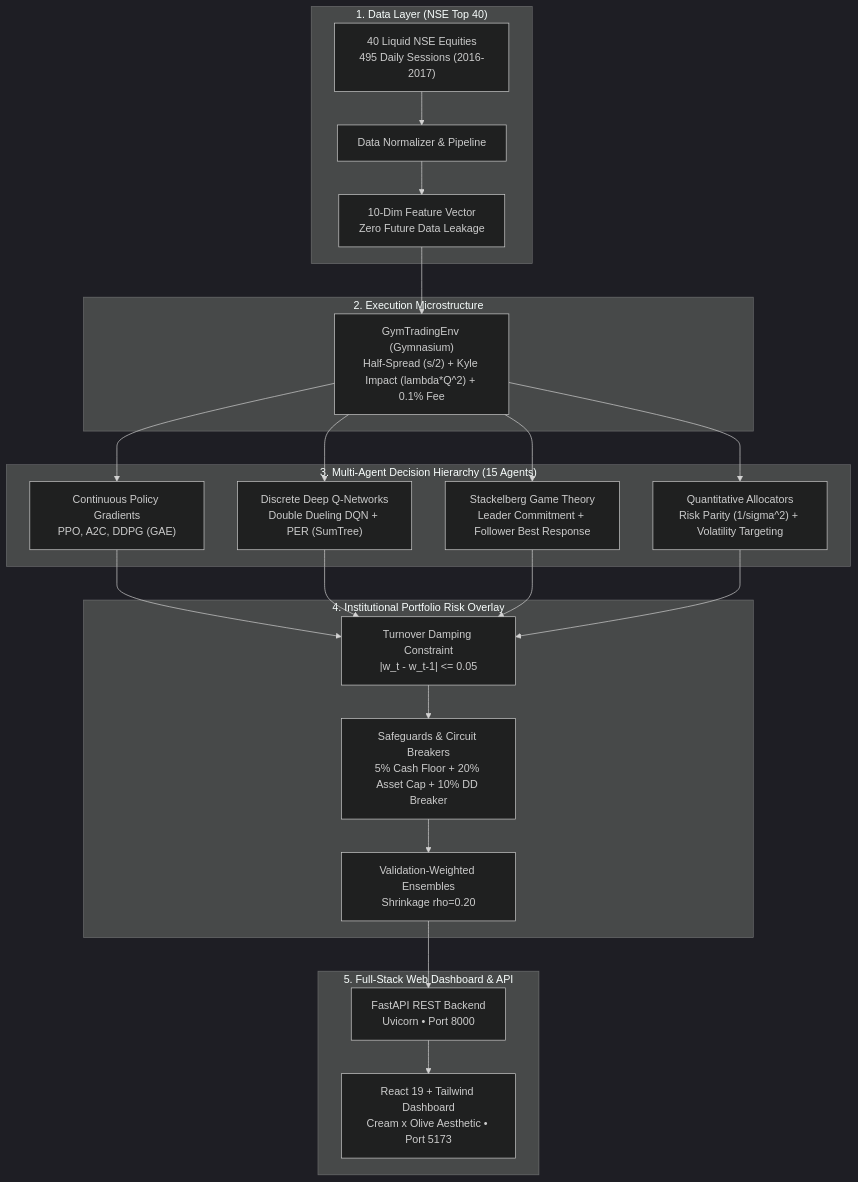
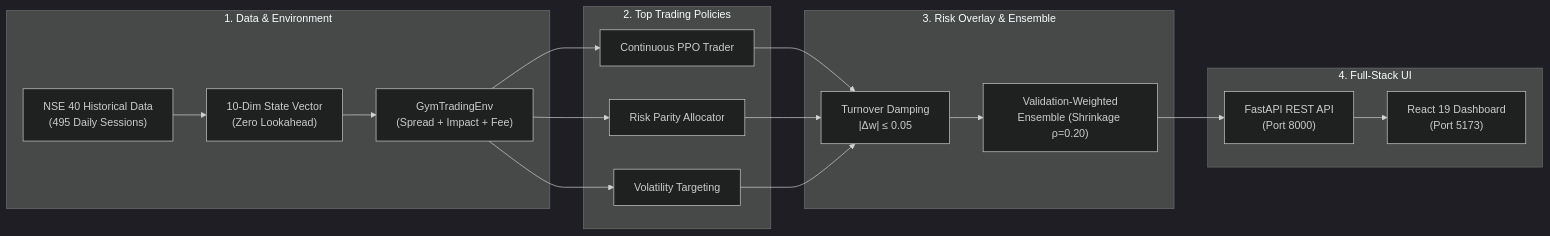
Before and after one commit to pushti0102/Trading_agent: the diagram in README.md, drawn with Mermaid (dark theme). The commit also changed other lines of this file, not shown here.

Commit message:
docs: streamline README with top 5 strategies, dataset details, clean architecture, and GitHub link

````diff
--- a/README.md
+++ b/README.md
@@ -20,32 +21,25 @@
 ```mermaid
-graph TD
-    subgraph Data Layer ["1. Data Layer (NSE Top 40)"]
-        A["40 Liquid NSE Equities<br/>495 Daily Sessions (2016-2017)"] --> B["Data Normalizer & Pipeline"]
-        B --> C["10-Dim Feature Vector<br/>Zero Future Data Leakage"]
+graph LR
+    subgraph Data ["1. Data & Environment"]
+        A["NSE 40 Historical Data<br/>(495 Daily Sessions)"] --> B["10-Dim State Vector<br/>(Zero Lookahead)"]
+        B --> C["GymTradingEnv<br/>(Spread + Impact + Fee)"]
     end
 
-    subgraph Microstructure ["2. Execution Microstructure"]
-        C --> D["GymTradingEnv (Gymnasium)<br/>Half-Spread (s/2) + Kyle Impact (lambda*Q^2) + 0.1% Fee"]
+    subgraph Strategies ["2. Top Trading Policies"]
+        C --> D["Continuous PPO Trader"]
+        C --> E["Risk Parity Allocator"]
+        C --> F["Volatility Targeting"]
     end
 
-    subgraph Agents ["3. Multi-Agent Decision Hierarchy (15 Agents)"]
-        D --> E["Continuous Policy Gradients<br/>PPO, A2C, DDPG (GAE)"]
-        D --> F["Discrete Deep Q-Networks<br/>Double Dueling DQN + PER (SumTree)"]
-        D --> G["Stackelberg Game Theory<br/>Leader Commitment + Follower Best Response"]
-        D --> H["Quantitative Allocators<br/>Risk Parity (1/sigma^2) + Volatility Targeting"]
+    subgraph Risk ["3. Risk Overlay & Ensemble"]
+        D --> G["Turnover Damping<br/>|Δw| ≤ 0.05"]
+        E --> G
+        F --> G
+        G --> H["Validation-Weighted<br/>Ensemble (Shrinkage ρ=0.20)"]
     end
 
-    subgraph Overlay ["4. Institutional Portfolio Risk Overlay"]
-        E --> I["Turnover Damping Constraint<br/>|w_t - w_t-1| <= 0.05"]
-        F --> I
-        G --> I
-        H --> I
-        I --> J["Safeguards & Circuit Breakers<br/>5% Cash Floor + 20% Asset Cap + 10% DD Breaker"]
-        J --> K["Validation-Weighted Ensembles<br/>Shrinkage rho=0.20"]
-    end
-
-    subgraph FullStack ["5. Full-Stack Web Dashboard & API"]
-        K --> L["FastAPI REST Backend<br/>Uvicorn • Port 8000"]
-        L --> M["React 19 + Tailwind Dashboard<br/>Cream x Olive Aesthetic • Port 5173"]
+    subgraph Interface ["4. Full-Stack UI"]
+        H --> I["FastAPI REST API<br/>(Port 8000)"]
+        I --> J["React 19 Dashboard<br/>(Port 5173)"]
     end
 ```
````
